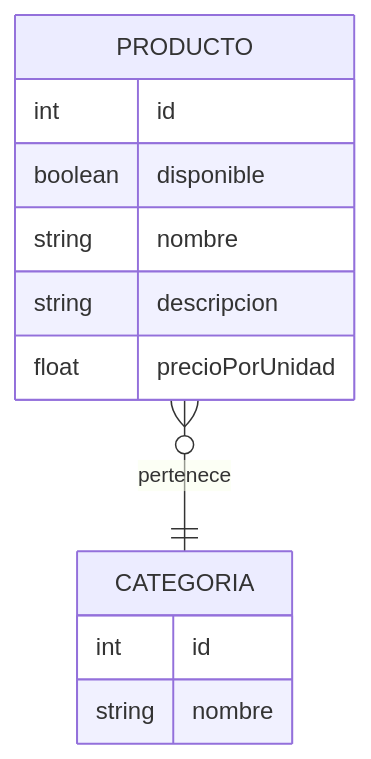
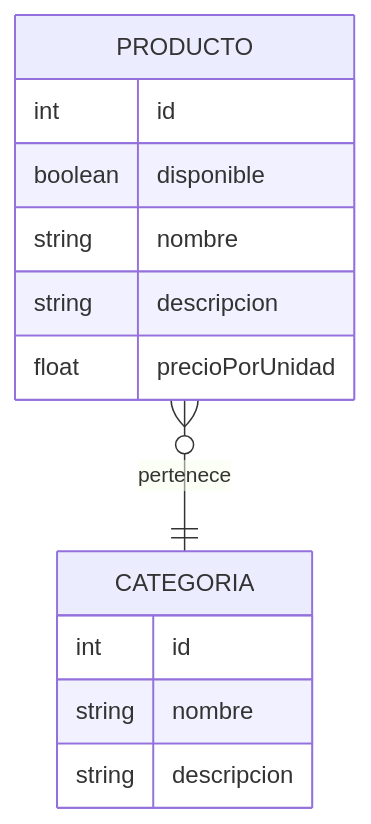
The diagram in README.md (iaw-2022/AgustinGD-inicial), drawn with Mermaid before and after one commit.

Commit message:
agregada descripcion a la categoria

````diff
--- a/README.md
+++ b/README.md
@@ -8,15 +8,16 @@
 ```mermaid
 erDiagram
     PRODUCTO }o--|| CATEGORIA : pertenece
     PRODUCTO{
         int id
         boolean disponible
         string nombre
         string descripcion
         float precioPorUnidad
     }
     CATEGORIA{
         int id
         string nombre
+        string descripcion
     }
 ```
````
